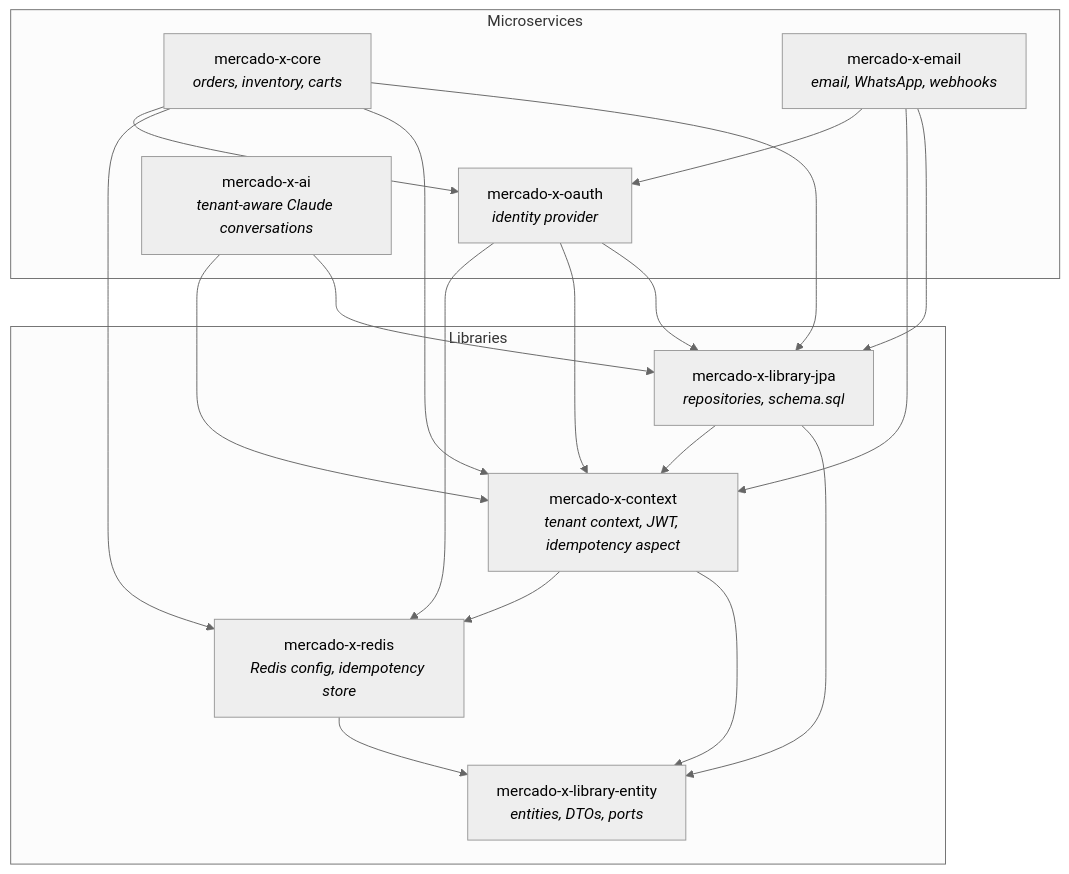
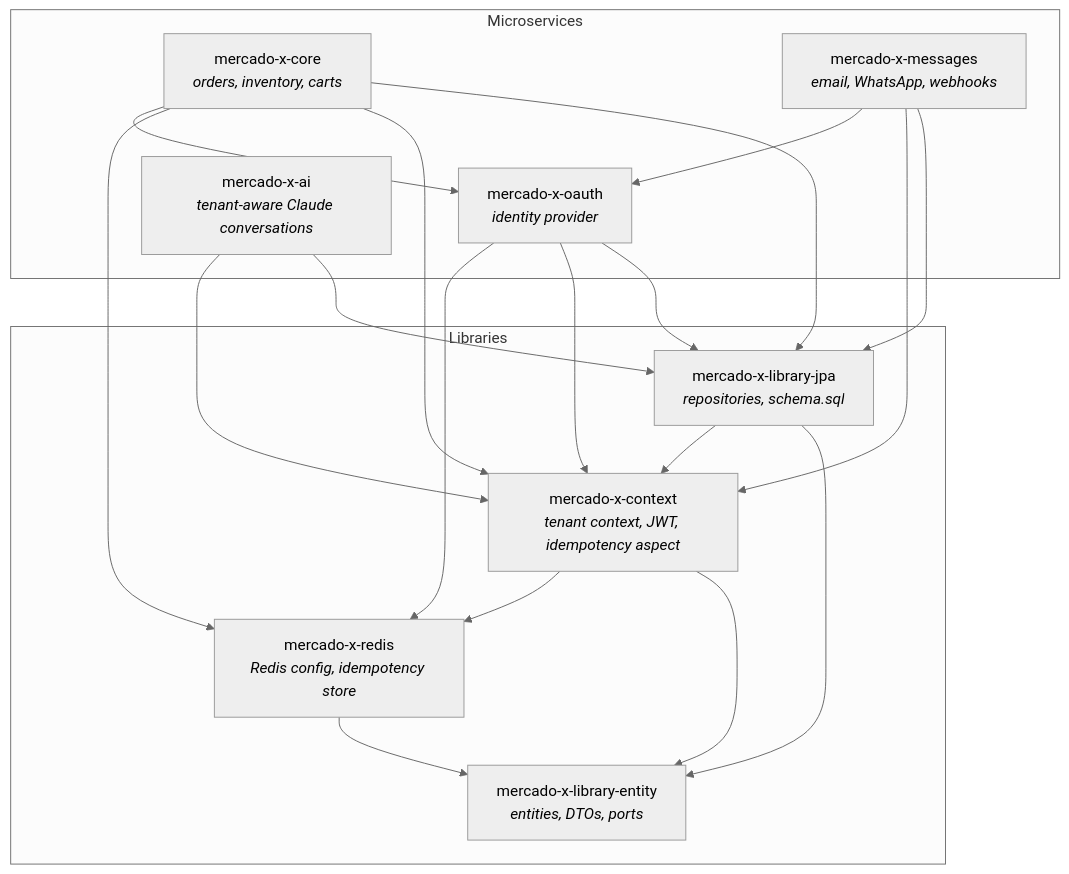
Before and after one commit to igorzelaya-io/mercado-x-parent: the first of 3 diagrams in README.md, drawn with Mermaid (neutral theme). The commit also changed other lines of this file and 2 other files, not shown here.

````diff
--- a/README.md
+++ b/README.md
@@ -60,38 +60,38 @@
 ```mermaid
 graph TD
     subgraph Libraries
         entity[mercado-x-library-entity<br/><i>entities, DTOs, ports</i>]
         redis[mercado-x-redis<br/><i>Redis config, idempotency store</i>]
         context[mercado-x-context<br/><i>tenant context, JWT, idempotency aspect</i>]
         jpa[mercado-x-library-jpa<br/><i>repositories, schema.sql</i>]
     end
 
     subgraph Microservices
         oauth[mercado-x-oauth<br/><i>identity provider</i>]
         core[mercado-x-core<br/><i>orders, inventory, carts</i>]
-        email[mercado-x-email<br/><i>email, WhatsApp, webhooks</i>]
+        email[mercado-x-messages<br/><i>email, WhatsApp, webhooks</i>]
         ai[mercado-x-ai<br/><i>tenant-aware Claude conversations</i>]
     end
 
     redis --> entity
     context --> entity
     context --> redis
     jpa --> entity
     jpa --> context
 
     oauth --> jpa
     oauth --> context
     oauth --> redis
 
     core --> jpa
     core --> context
     core --> redis
     core --> oauth
 
     email --> jpa
     email --> context
     email --> oauth
 
     ai --> jpa
     ai --> context
 ```
````
